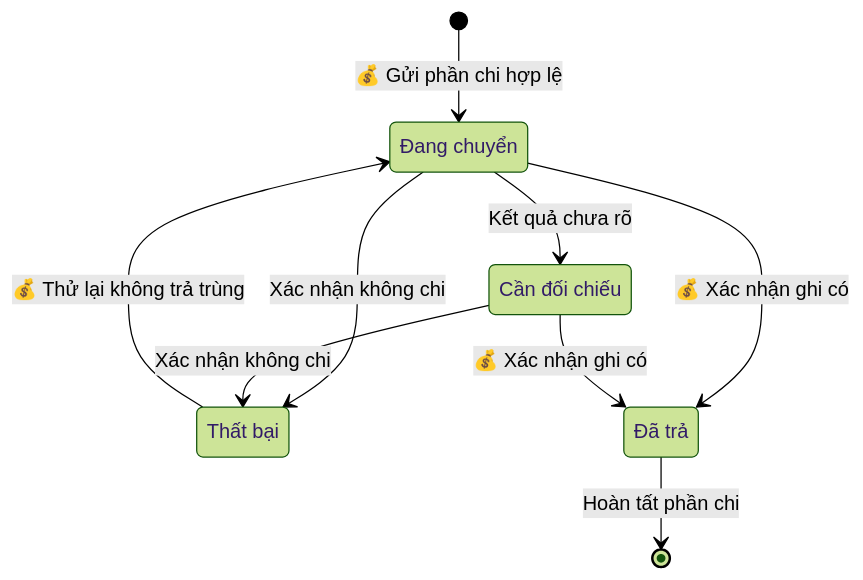
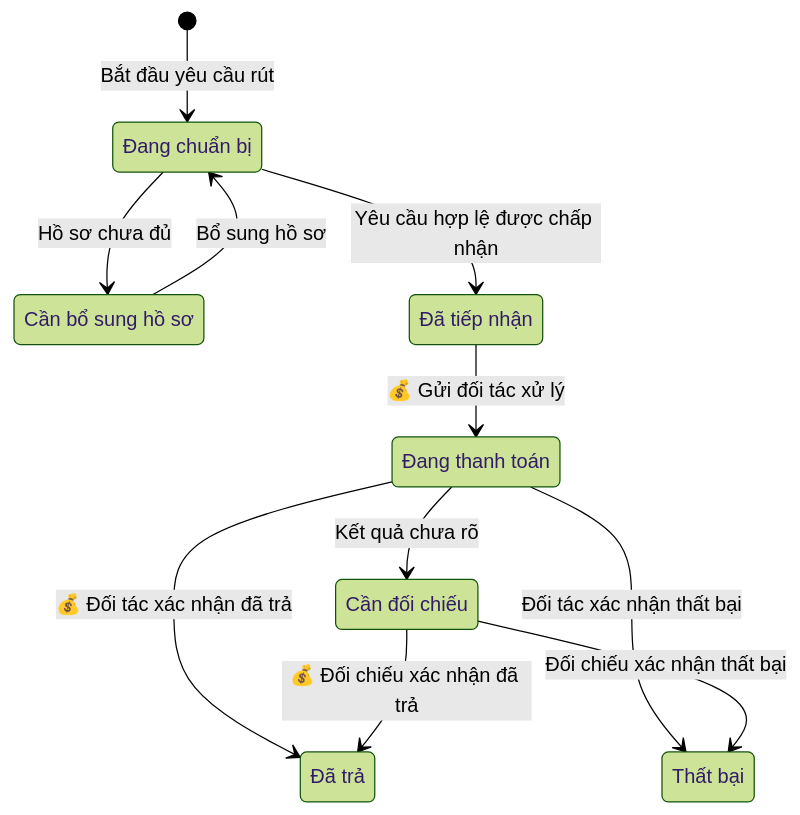
The ninth of 9 diagrams in nexora/docs/business/business-oneqr-earnings.md (vlink-group/VlinkPay), drawn with Mermaid (forest theme) before and after one commit. The commit also changed other lines of this file and 3 other files, not shown here.

````diff
--- a/nexora/docs/business/business-oneqr-earnings.md
+++ b/nexora/docs/business/business-oneqr-earnings.md
@@ -388,15 +363,20 @@
 ```mermaid
 stateDiagram-v2
-    state "Đang chuyển" as Sending
-    state "Cần đối chiếu" as Reconciling
+    state "Đang chuẩn bị" as Draft
+    state "Cần bổ sung hồ sơ" as Missing
+    state "Đã tiếp nhận" as Accepted
+    state "Đang thanh toán" as Processing
+    state "Cần đối chiếu" as Unknown
+    state "Đã trả" as Paid
     state "Thất bại" as Failed
-    state "Đã trả" as Paid
-    [*] --> Sending : 💰 Gửi phần chi hợp lệ
-    Sending --> Reconciling : Kết quả chưa rõ
-    Sending --> Failed : Xác nhận không chi
-    Sending --> Paid : 💰 Xác nhận ghi có
-    Reconciling --> Failed : Xác nhận không chi
-    Reconciling --> Paid : 💰 Xác nhận ghi có
-    Failed --> Sending : 💰 Thử lại không trả trùng
-    Paid --> [*] : Hoàn tất phần chi
+    [*] --> Draft : Bắt đầu yêu cầu rút
+    Draft --> Missing : Hồ sơ chưa đủ
+    Missing --> Draft : Bổ sung hồ sơ
+    Draft --> Accepted : Yêu cầu hợp lệ được chấp nhận
+    Accepted --> Processing : 💰 Gửi đối tác xử lý
+    Processing --> Unknown : Kết quả chưa rõ
+    Processing --> Paid : 💰 Đối tác xác nhận đã trả
+    Unknown --> Paid : 💰 Đối chiếu xác nhận đã trả
+    Processing --> Failed : Đối tác xác nhận thất bại
+    Unknown --> Failed : Đối chiếu xác nhận thất bại
 ```
````
